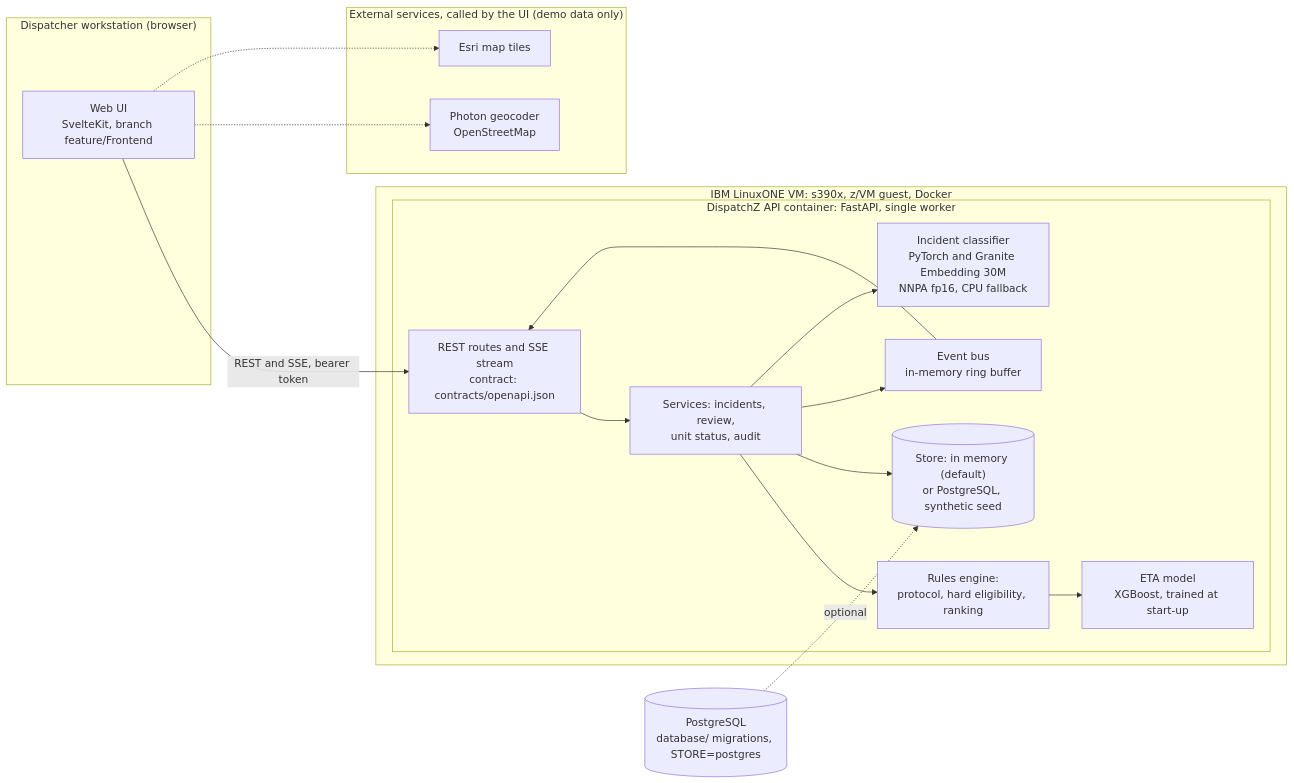
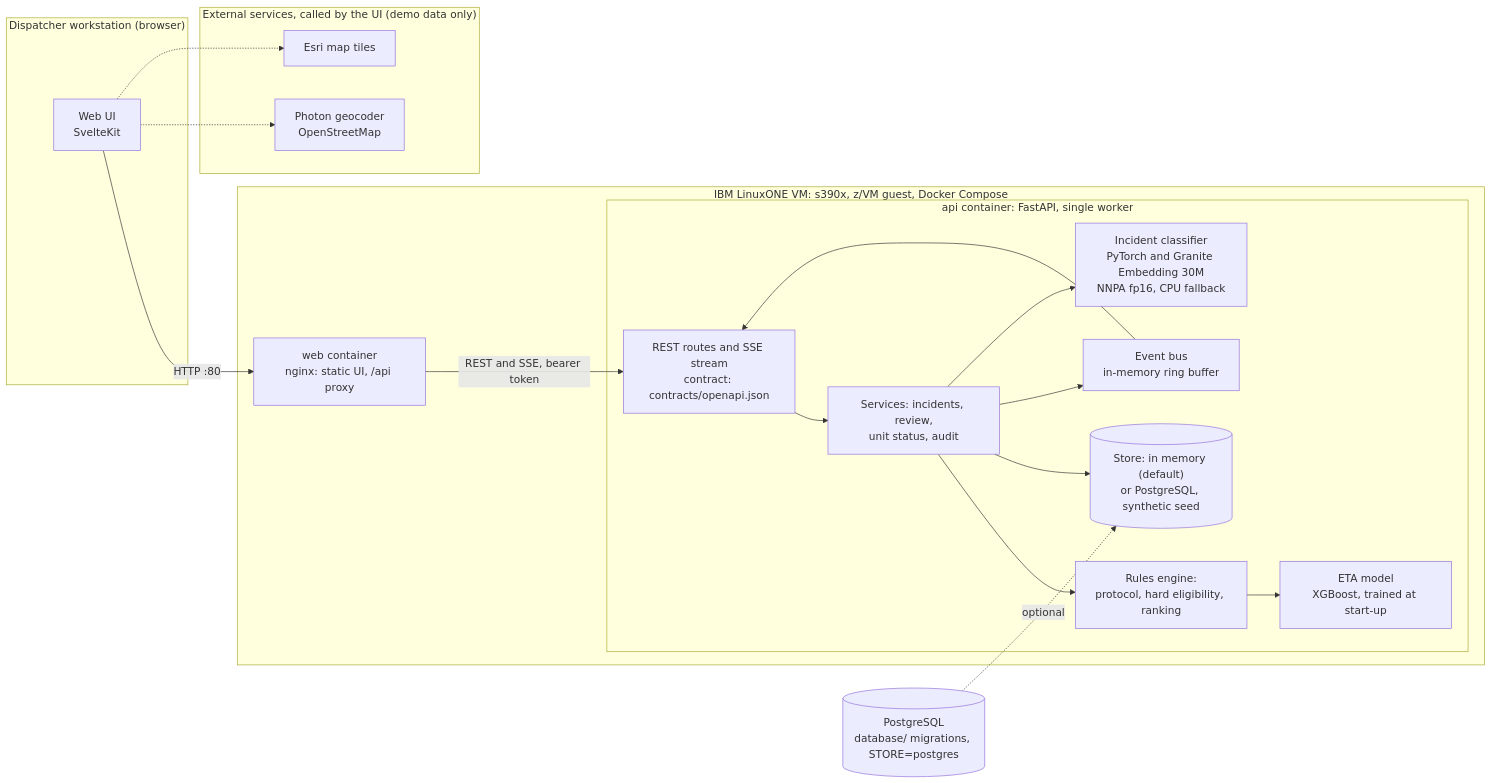
One commit to n-allen1/Huskies_IBM_Z_Datathon_2026_Project changed the first of 3 diagrams in docs/architecture.md. Above: the diagram before and after it, drawn with Mermaid. The commit also changed other lines of this file and 15 other files, not shown here.

First line of the commit message:
Deploy web UI and API as a Docker Compose stack on LinuxONE

````diff
--- a/docs/architecture.md
+++ b/docs/architecture.md
@@ -26,34 +27,36 @@
 ```mermaid
 flowchart LR
     subgraph Client["Dispatcher workstation (browser)"]
-        UI["Web UI<br/>SvelteKit, branch feature/Frontend"]
+        UI["Web UI<br/>SvelteKit"]
     end
     subgraph External["External services, called by the UI (demo data only)"]
         GEO["Photon geocoder<br/>OpenStreetMap"]
         TILES["Esri map tiles"]
     end
-    subgraph Z["IBM LinuxONE VM: s390x, z/VM guest, Docker"]
-        subgraph API["DispatchZ API container: FastAPI, single worker"]
+    subgraph Z["IBM LinuxONE VM: s390x, z/VM guest, Docker Compose"]
+        WEB["web container<br/>nginx: static UI, /api proxy"]
+        subgraph API["api container: FastAPI, single worker"]
             ROUTES["REST routes and SSE stream<br/>contract: contracts/openapi.json"]
             SVC["Services: incidents, review,<br/>unit status, audit"]
             RULES["Rules engine:<br/>protocol, hard eligibility, ranking"]
             BUS["Event bus<br/>in-memory ring buffer"]
             STORE[("Store: in memory (default)<br/>or PostgreSQL, synthetic seed")]
             CLS["Incident classifier<br/>PyTorch and Granite Embedding 30M<br/>NNPA fp16, CPU fallback"]
             ETA["ETA model<br/>XGBoost, trained at start-up"]
         end
     end
     PG[("PostgreSQL<br/>database/ migrations, STORE=postgres")]
 
-    UI -->|"REST and SSE, bearer token"| ROUTES
+    UI -->|"HTTP :80"| WEB
+    WEB -->|"REST and SSE, bearer token"| ROUTES
     UI -.-> GEO
     UI -.-> TILES
     ROUTES --> SVC
     SVC --> RULES
     SVC --> STORE
     SVC --> BUS
     BUS --> ROUTES
     SVC --> CLS
     RULES --> ETA
     PG -.->|"optional"| STORE
 ```
````
